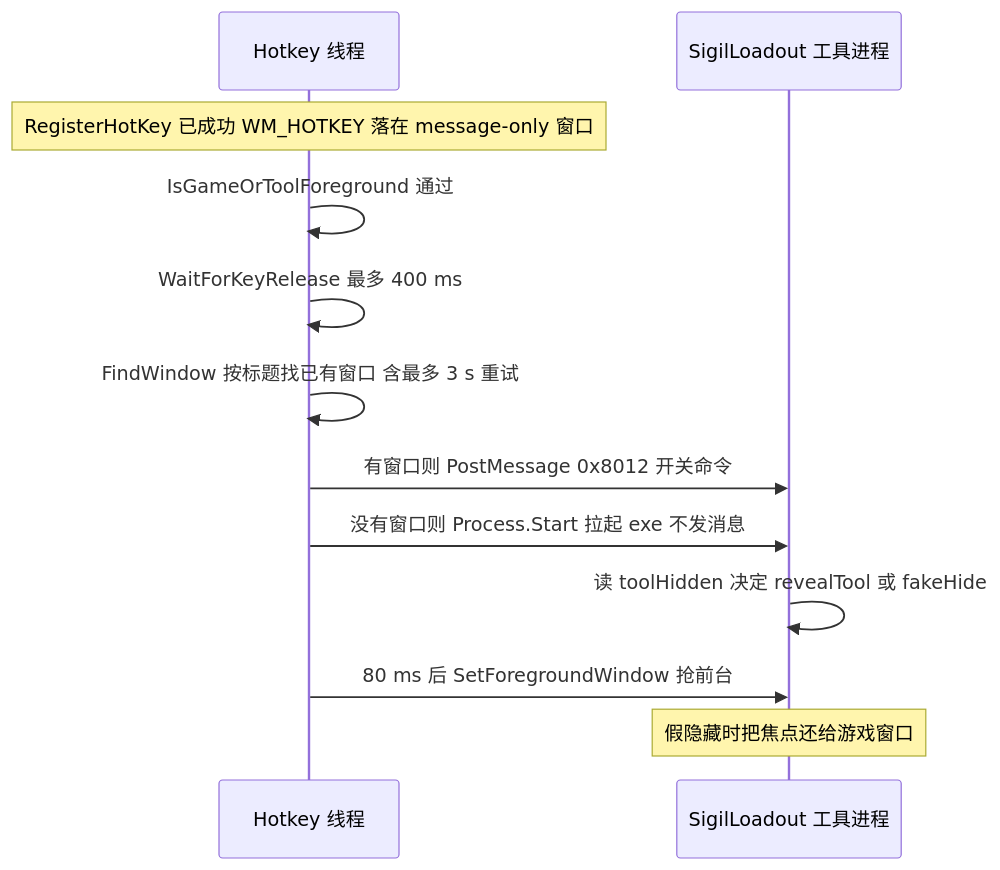
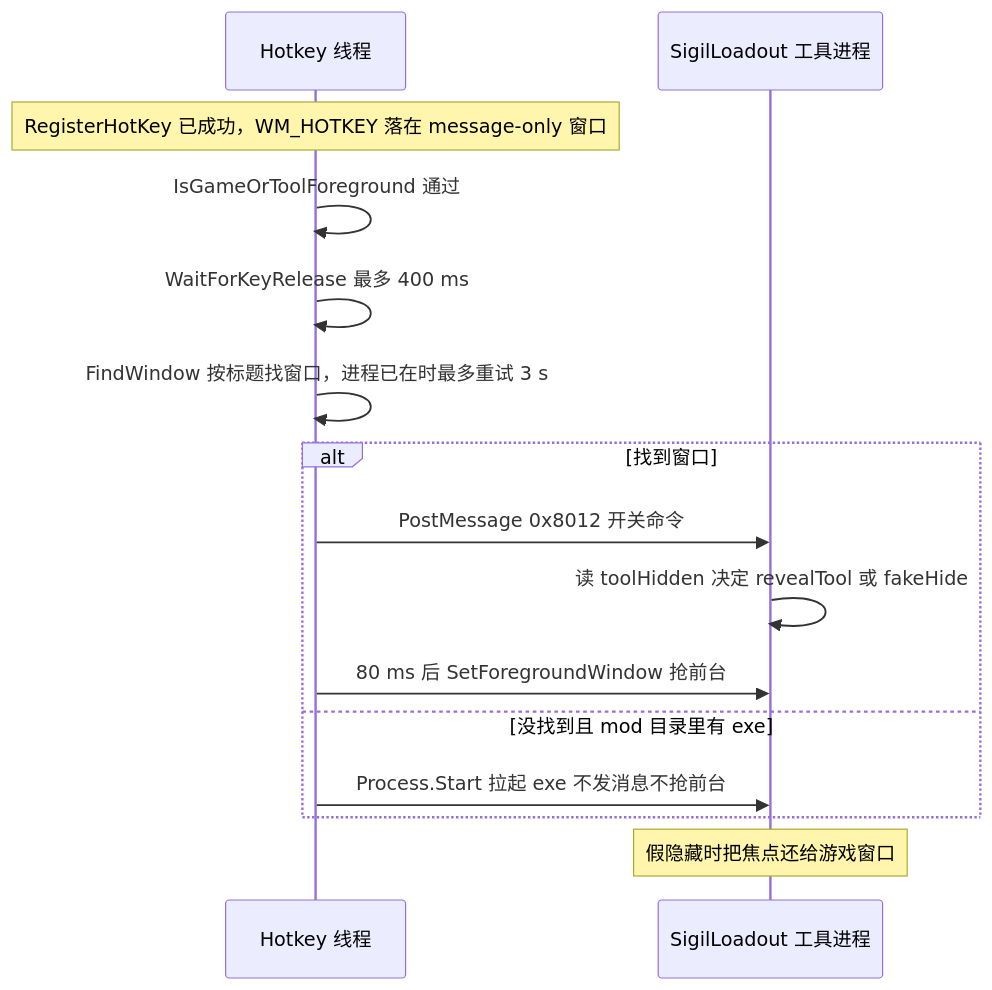
One commit to baagod/GBFR-Sigil-Loadout changed the first of 2 diagrams in openwiki/workflows/hotkey-summon.md. Above: the diagram before and after it, drawn with Mermaid. The commit also changed other lines of this file and 33 other files, not shown here.

````diff
--- a/openwiki/workflows/hotkey-summon.md
+++ b/openwiki/workflows/hotkey-summon.md
@@ -34,15 +41,18 @@
 ```mermaid
 sequenceDiagram
     participant HK as Hotkey 线程
     participant Tool as SigilLoadout 工具进程
 
-    Note over HK: RegisterHotKey 已成功 WM_HOTKEY 落在 message-only 窗口
+    Note over HK: RegisterHotKey 已成功，WM_HOTKEY 落在 message-only 窗口
     HK->>HK: IsGameOrToolForeground 通过
     HK->>HK: WaitForKeyRelease 最多 400 ms
-    HK->>HK: FindWindow 按标题找已有窗口 含最多 3 s 重试
-    HK->>Tool: 有窗口则 PostMessage 0x8012 开关命令
-    HK->>Tool: 没有窗口则 Process.Start 拉起 exe 不发消息
-    Tool->>Tool: 读 toolHidden 决定 revealTool 或 fakeHide
-    HK->>Tool: 80 ms 后 SetForegroundWindow 抢前台
+    HK->>HK: FindWindow 按标题找窗口，进程已在时最多重试 3 s
+    alt 找到窗口
+        HK->>Tool: PostMessage 0x8012 开关命令
+        Tool->>Tool: 读 toolHidden 决定 revealTool 或 fakeHide
+        HK->>Tool: 80 ms 后 SetForegroundWindow 抢前台
+    else 没找到且 mod 目录里有 exe
+        HK->>Tool: Process.Start 拉起 exe 不发消息不抢前台
+    end
     Note over Tool: 假隐藏时把焦点还给游戏窗口
 ```
````
